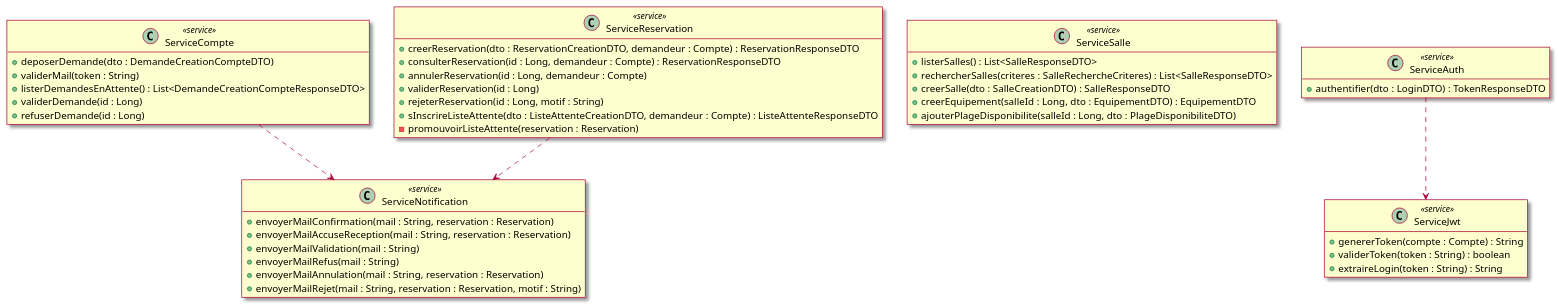
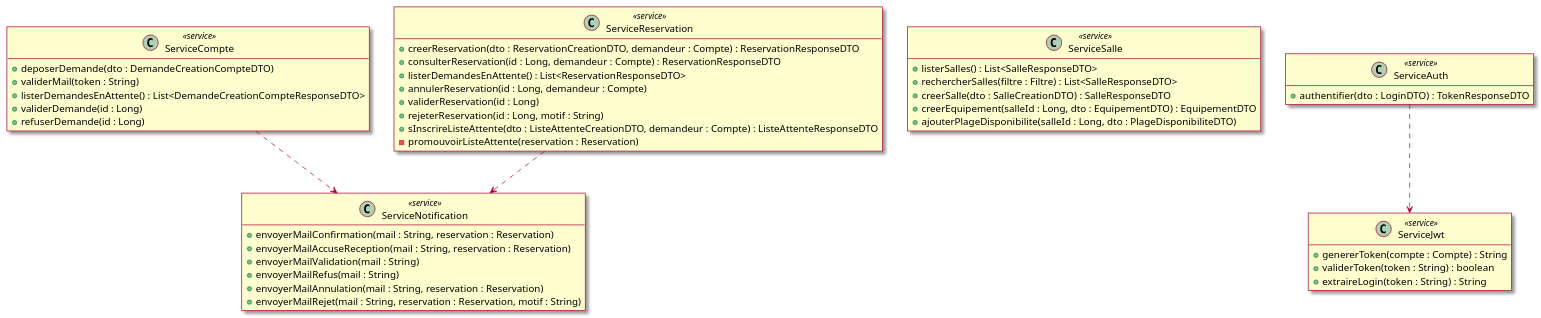
One commit to mrajaonson/glg204-room-management-system changed diagram 37 of 38 in docs/03-Conception.md. Above: the diagram before and after it, drawn with PlantUML. The commit also changed other lines of this file and 4 other files, not shown here.

````diff
--- a/docs/03-Conception.md
+++ b/docs/03-Conception.md
@@ -1672,55 +1784,56 @@
 ```plantuml
 @startuml
 skin rose
 hide empty members
 
 class ServiceCompte <<service>> {
   + deposerDemande(dto : DemandeCreationCompteDTO)
   + validerMail(token : String)
   + listerDemandesEnAttente() : List<DemandeCreationCompteResponseDTO>
   + validerDemande(id : Long)
   + refuserDemande(id : Long)
 }
 
 class ServiceSalle <<service>> {
   + listerSalles() : List<SalleResponseDTO>
-  + rechercherSalles(criteres : SalleRechercheCriteres) : List<SalleResponseDTO>
+  + rechercherSalles(filtre : Filtre) : List<SalleResponseDTO>
   + creerSalle(dto : SalleCreationDTO) : SalleResponseDTO
   + creerEquipement(salleId : Long, dto : EquipementDTO) : EquipementDTO
   + ajouterPlageDisponibilite(salleId : Long, dto : PlageDisponibiliteDTO)
 }
 
 class ServiceReservation <<service>> {
   + creerReservation(dto : ReservationCreationDTO, demandeur : Compte) : ReservationResponseDTO
   + consulterReservation(id : Long, demandeur : Compte) : ReservationResponseDTO
+  + listerDemandesEnAttente() : List<ReservationResponseDTO>
   + annulerReservation(id : Long, demandeur : Compte)
   + validerReservation(id : Long)
   + rejeterReservation(id : Long, motif : String)
   + sInscrireListeAttente(dto : ListeAttenteCreationDTO, demandeur : Compte) : ListeAttenteResponseDTO
   - promouvoirListeAttente(reservation : Reservation)
 }
 
 class ServiceNotification <<service>> {
   + envoyerMailConfirmation(mail : String, reservation : Reservation)
   + envoyerMailAccuseReception(mail : String, reservation : Reservation)
   + envoyerMailValidation(mail : String)
   + envoyerMailRefus(mail : String)
   + envoyerMailAnnulation(mail : String, reservation : Reservation)
   + envoyerMailRejet(mail : String, reservation : Reservation, motif : String)
 }
 
 class ServiceAuth <<service>> {
   + authentifier(dto : LoginDTO) : TokenResponseDTO
 }
 
 class ServiceJwt <<service>> {
   + genererToken(compte : Compte) : String
   + validerToken(token : String) : boolean
   + extraireLogin(token : String) : String
 }
 
 ServiceCompte ..> ServiceNotification
 ServiceReservation ..> ServiceNotification
 ServiceAuth ..> ServiceJwt
 @enduml
 ```
````
